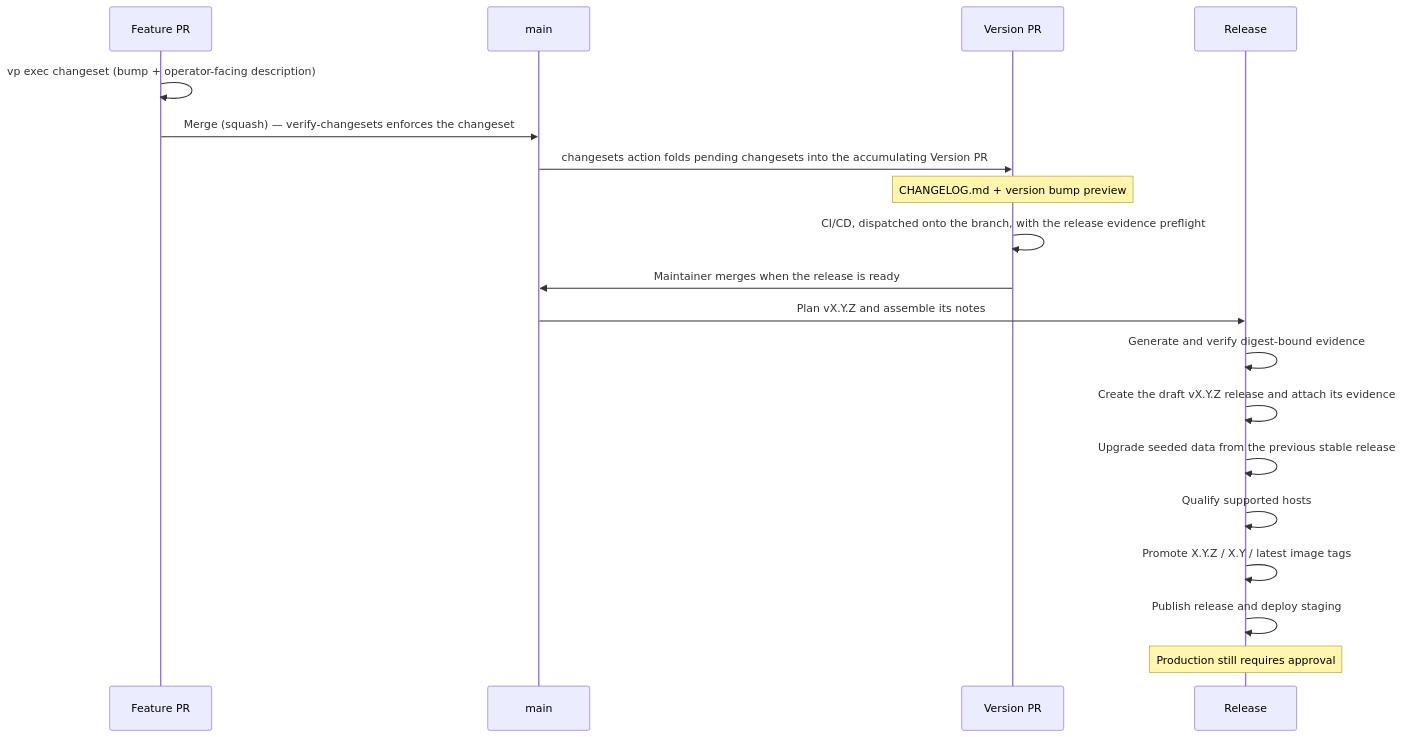
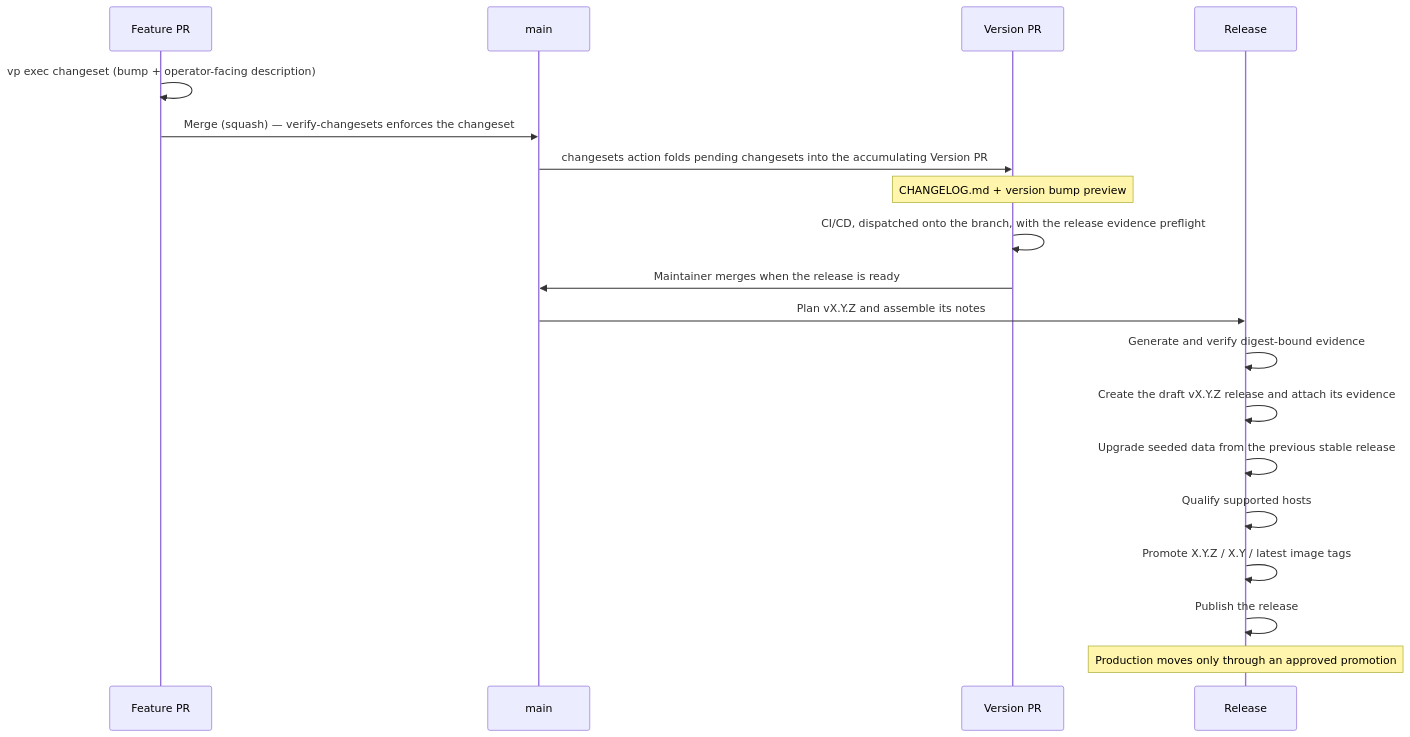
Before and after one commit to hephaestus-build/Hephaestus: the diagram in docs/contributor/release-management.mdx, drawn with Mermaid. The commit also changed other lines of this file and 12 other files, not shown here.

````diff
--- a/docs/contributor/release-management.mdx
+++ b/docs/contributor/release-management.mdx
@@ -20,24 +20,24 @@
 ```mermaid
 sequenceDiagram
     accTitle: Changesets release workflow
     accDescr: Feature pull requests add changesets, the version pull request consumes them, and merging the version pull request publishes the release.
     participant PR as Feature PR
     participant M as main
     participant VP as Version PR
     participant R as Release
 
     PR->>PR: vp exec changeset (bump + operator-facing description)
     PR->>M: Merge (squash) — verify-changesets enforces the changeset
     M->>VP: changesets action folds pending changesets into the accumulating Version PR
     Note over VP: CHANGELOG.md + version bump preview
     VP->>VP: CI/CD, dispatched onto the branch, with the release evidence preflight
     VP->>M: Maintainer merges when the release is ready
     M->>R: Plan vX.Y.Z and assemble its notes
     R->>R: Generate and verify digest-bound evidence
     R->>R: Create the draft vX.Y.Z release and attach its evidence
     R->>R: Upgrade seeded data from the previous stable release
     R->>R: Qualify supported hosts
     R->>R: Promote X.Y.Z / X.Y / latest image tags
-    R->>R: Publish release and deploy staging
-    Note over R: Production still requires approval
+    R->>R: Publish the release
+    Note over R: Production moves only through an approved promotion
 ```
````
